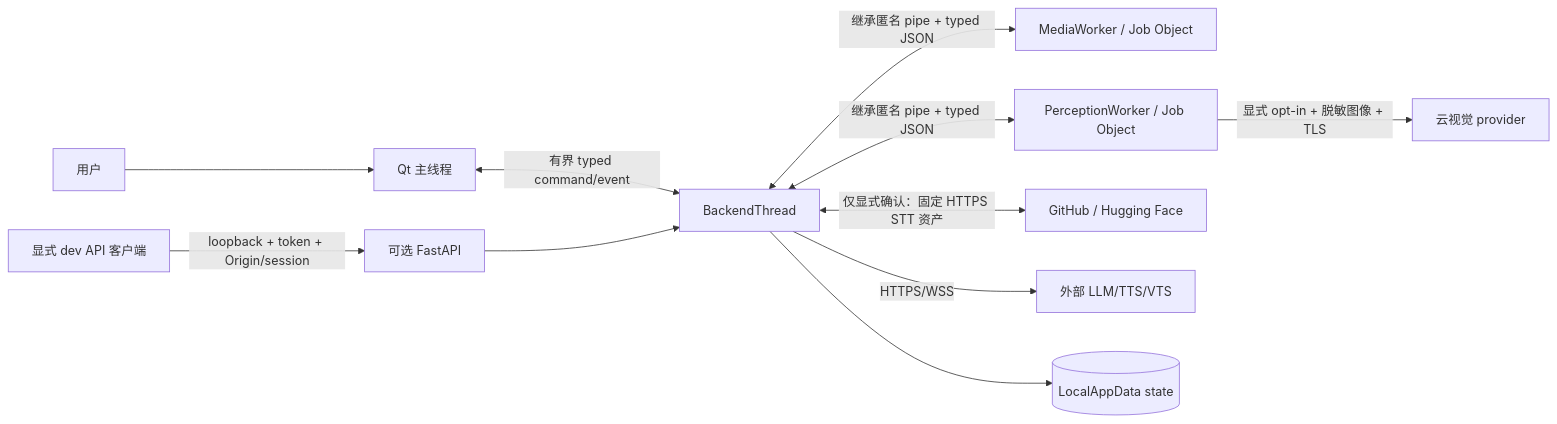
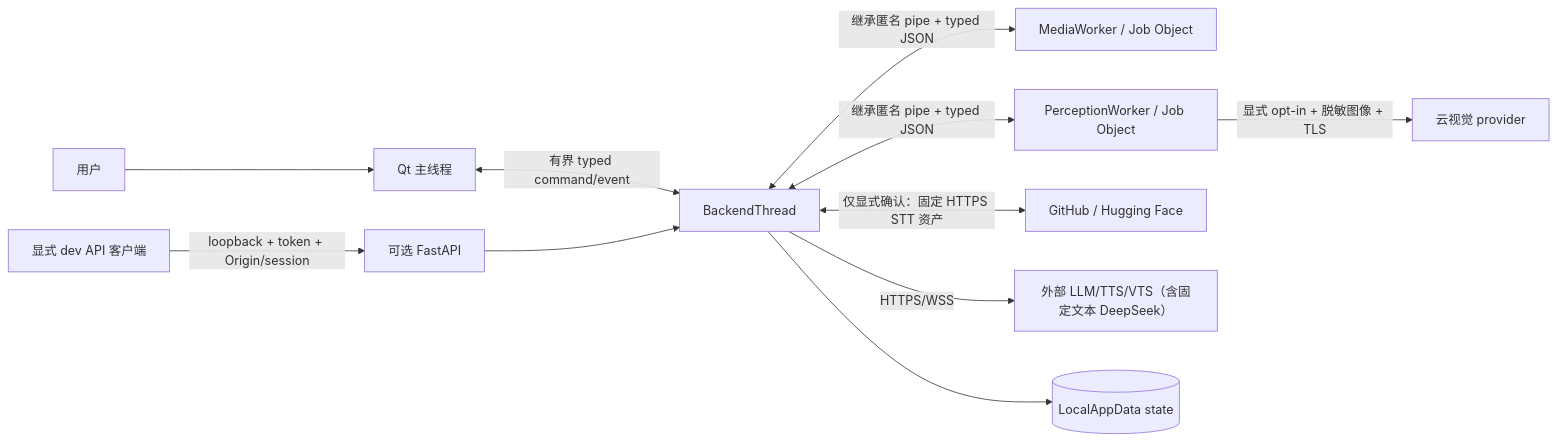
The first of 5 diagrams in docs/architecture/windows_data_flow_inventory.md (mizusawa-matsuri937/megumin_companion_ai), drawn with Mermaid before and after one commit. The commit also changed other lines of this file and 38 other files, not shown here.

Commit message:
W30: add DeepSeek Flash provider

````diff
--- a/docs/architecture/windows_data_flow_inventory.md
+++ b/docs/architecture/windows_data_flow_inventory.md
@@ -15,13 +16,13 @@
 ```mermaid
 flowchart LR
     U["用户"] --> Q["Qt 主线程"]
     Q <-->|"有界 typed command/event"| B["BackendThread"]
     D["显式 dev API 客户端"] -->|"loopback + token + Origin/session"| A["可选 FastAPI"]
     A --> B
     B <-->|"继承匿名 pipe + typed JSON"| M["MediaWorker / Job Object"]
     B <-->|"继承匿名 pipe + typed JSON"| P["PerceptionWorker / Job Object"]
     B <-->|"仅显式确认：固定 HTTPS STT 资产"| R["GitHub / Hugging Face"]
-    B -->|"HTTPS/WSS"| E["外部 LLM/TTS/VTS"]
+    B -->|"HTTPS/WSS"| E["外部 LLM/TTS/VTS（含固定文本 DeepSeek）"]
     P -->|"显式 opt-in + 脱敏图像 + TLS"| C["云视觉 provider"]
     B --> S[("LocalAppData state")]
 ```
````
